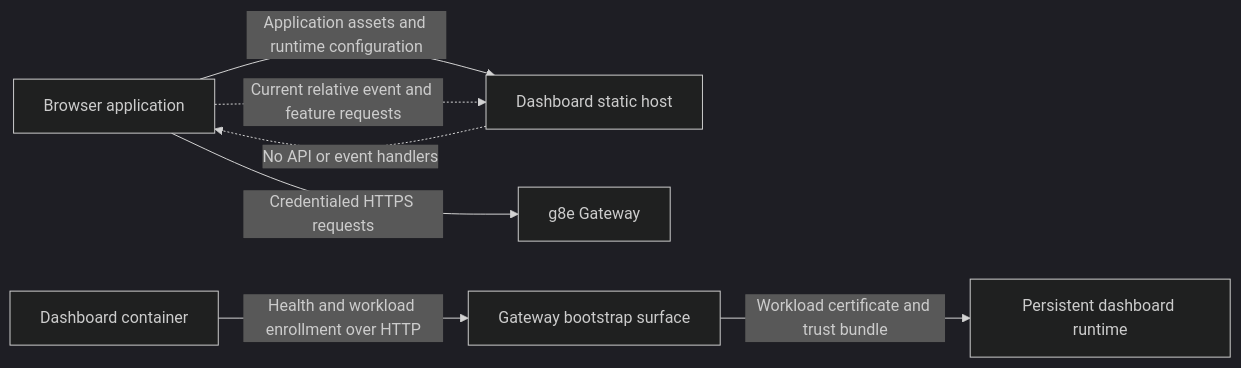
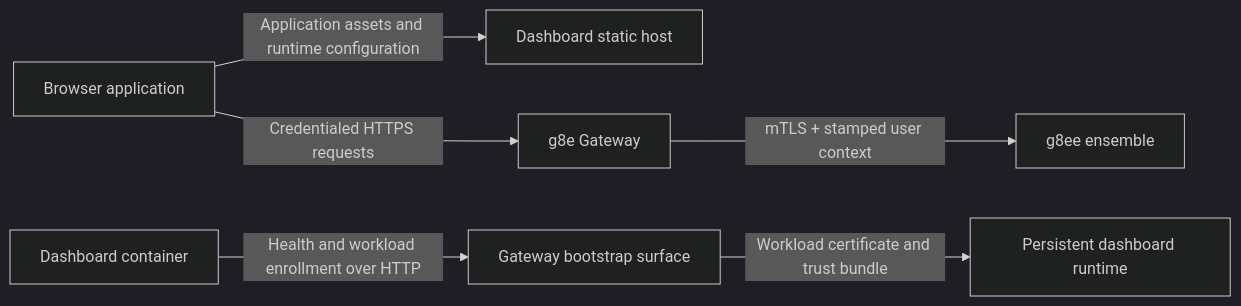
One commit to g8e-ai/g8e changed the diagram in docs/dashboard/architecture.md. Above: the diagram before and after it, drawn with Mermaid (dark theme). The commit also changed other lines of this file and 1307 other files, not shown here.

````diff
--- a/docs/dashboard/architecture.md
+++ b/docs/dashboard/architecture.md
@@ -9,9 +9,8 @@
 ```mermaid
 flowchart LR
     Browser[Browser application] -->|Application assets and runtime configuration| Host[Dashboard static host]
     Browser -->|Credentialed HTTPS requests| Gateway[g8e Gateway]
-    Browser -.->|Current relative event and feature requests| Host
-    Host -.->|No API or event handlers| Browser
+    Gateway -->|mTLS + stamped user context| Ensemble[g8ee ensemble]
     Container[Dashboard container] -->|Health and workload enrollment over HTTP| Bootstrap[Gateway bootstrap surface]
     Bootstrap -->|Workload certificate and trust bundle| Runtime[Persistent dashboard runtime]
 ```
````
